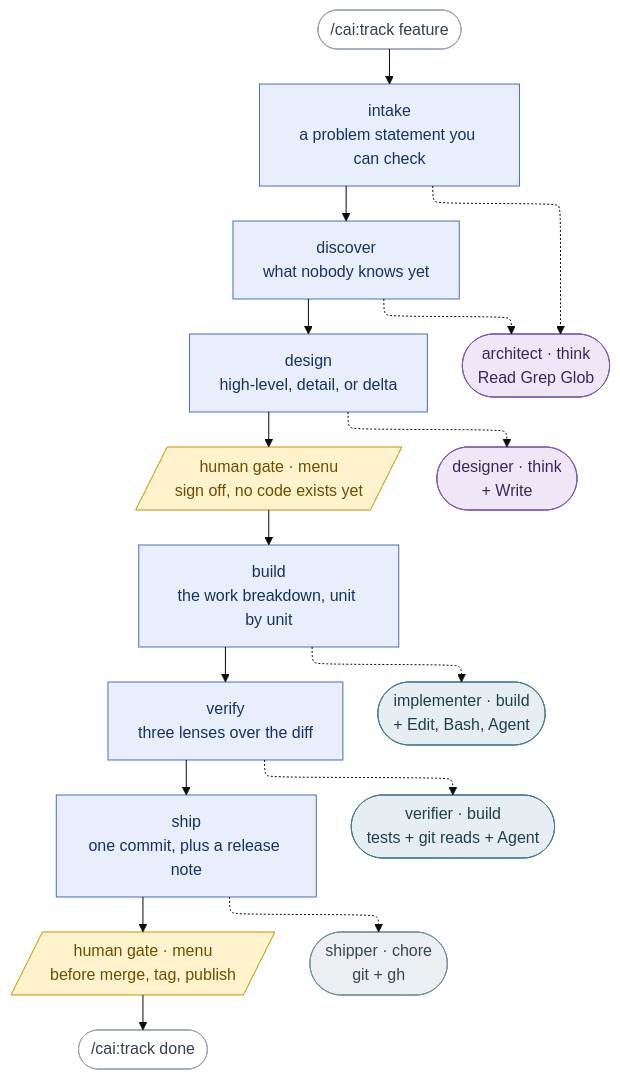
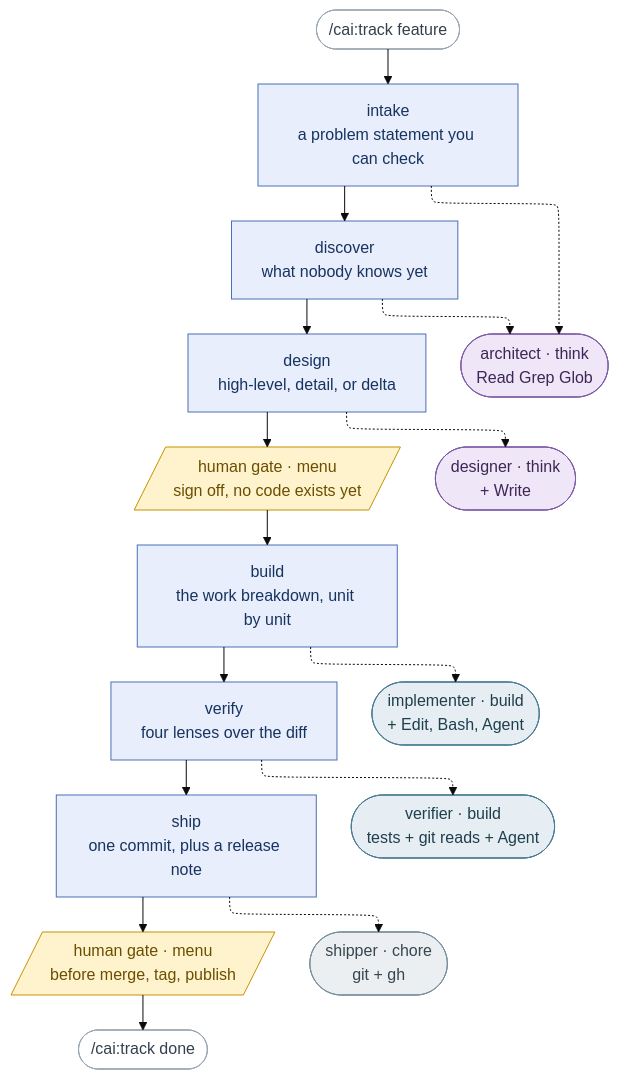
The diagram in README.md (millerlai/claude-all-in-one), drawn with Mermaid (base theme) before and after one commit. The commit also changed other lines of this file and 19 other files, not shown here.

````diff
--- a/README.md
+++ b/README.md
@@ -53,45 +53,45 @@
 ```mermaid
 ---
 config:
   flowchart:
     defaultRenderer: "elk"
 ---
 flowchart TB
     START(["/cai:track feature"]) --> S1
 
     S1["intake<br/>a problem statement you can check"] --> S2
     S2["discover<br/>what nobody knows yet"] --> S3
     S3["design<br/>high-level, detail, or delta"] --> HG1
     HG1[/"human gate · menu<br/>sign off, no code exists yet"/] --> S4
     S4["build<br/>the work breakdown, unit by unit"] --> S5
-    S5["verify<br/>three lenses over the diff"] --> S6
+    S5["verify<br/>four lenses over the diff"] --> S6
     S6["ship<br/>one commit, plus a release note"] --> HG2
     HG2[/"human gate · menu<br/>before merge, tag, publish"/] --> DONE(["/cai:track done"])
 
     S1 -.-> AR
     S2 -.-> AR
     S3 -.-> DE
     S4 -.-> IM
     S5 -.-> VE
     S6 -.-> SH
 
     AR(["architect · think<br/>Read Grep Glob"])
     DE(["designer · think<br/>+ Write"])
     IM(["implementer · build<br/>+ Edit, Bash, Agent"])
     VE(["verifier · build<br/>tests + git reads + Agent"])
     SH(["shipper · chore<br/>git + gh"])
 
     classDef stage fill:#e8eefc,stroke:#4a6fb5,color:#17335f
     classDef human fill:#fff3cd,stroke:#c79100,color:#6b4e00
     classDef think fill:#efe6f7,stroke:#7d5ba6,color:#3d2757
     classDef build fill:#e6eef3,stroke:#4a7c94,color:#1f3f4d
     classDef chore fill:#eceff1,stroke:#78909c,color:#37474f
     classDef ends fill:#ffffff,stroke:#9aa5b1,color:#33404d
 
     class S1,S2,S3,S4,S5,S6 stage
     class HG1,HG2 human
     class AR,DE think
     class IM,VE build
     class SH chore
     class START,DONE ends
 ```
````
